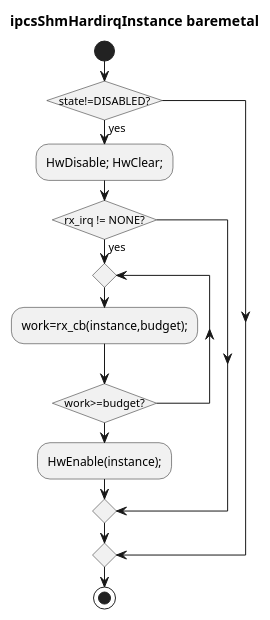
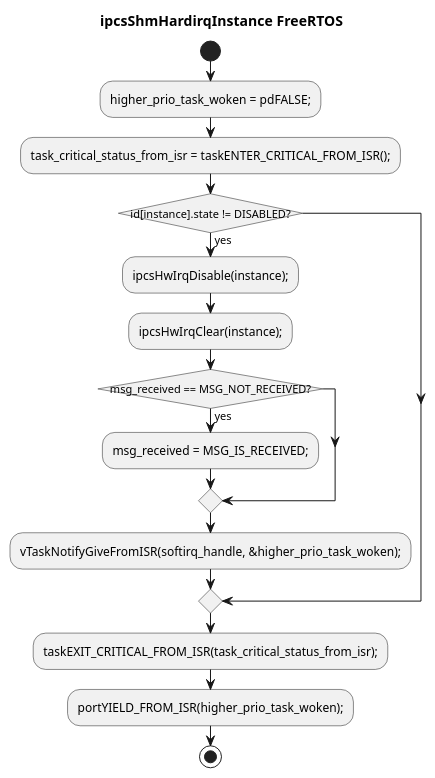
Before and after one commit to Mastang1/sad_sdd_proj: the diagram in c1_sdd_linux-ipcs/cursor_tmp/flow_umls/3_4_52.puml, drawn with PlantUML. The commit also changed 53 other files, not shown here.

```diff
--- a/c1_sdd_linux-ipcs/cursor_tmp/flow_umls/3_4_52.puml
+++ b/c1_sdd_linux-ipcs/cursor_tmp/flow_umls/3_4_52.puml
@@ -1,17 +1,20 @@
 @startuml
 !pragma layout smetana
 skinparam conditionStyle insideDiamond
 skinparam linetype ortho
-title ipcsShmHardirqInstance baremetal
+title ipcsShmHardirqInstance FreeRTOS
 start
-if (state!=DISABLED?) then (yes)
-  :HwDisable; HwClear;;
-  if (rx_irq != NONE?) then (yes)
-    repeat
-      :work=rx_cb(instance,budget);;
-    repeat while (work>=budget?)
-    :HwEnable(instance);;
+:higher_prio_task_woken = pdFALSE;;
+:task_critical_status_from_isr = taskENTER_CRITICAL_FROM_ISR();;
+if (id[instance].state != DISABLED?) then (yes)
+  :ipcsHwIrqDisable(instance);;
+  :ipcsHwIrqClear(instance);;
+  if (msg_received == MSG_NOT_RECEIVED?) then (yes)
+    :msg_received = MSG_IS_RECEIVED;;
   endif
+  :vTaskNotifyGiveFromISR(softirq_handle, &higher_prio_task_woken);;
 endif
+:taskEXIT_CRITICAL_FROM_ISR(task_critical_status_from_isr);;
+:portYIELD_FROM_ISR(higher_prio_task_woken);;
 stop
 @enduml
```
